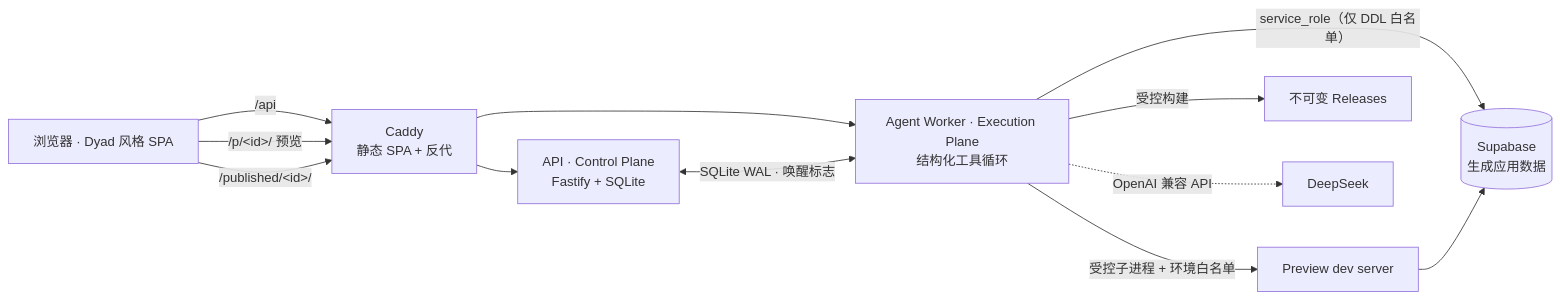
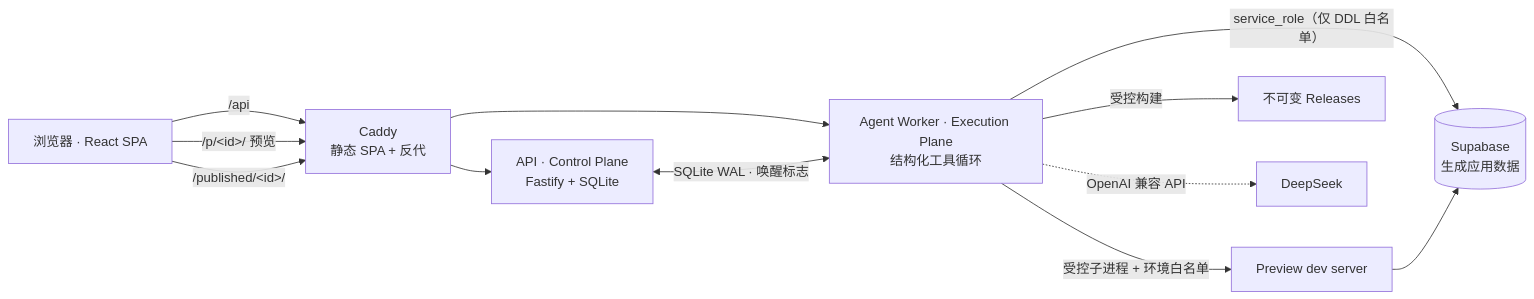
The diagram in README.md (idongdongh/Atoms), drawn with Mermaid before and after one commit. The commit also changed other lines of this file and 9 other files, not shown here.

````diff
--- a/README.md
+++ b/README.md
@@ -28,14 +28,14 @@
 ```mermaid
 flowchart LR
-    B["浏览器 · Dyad 风格 SPA"] -->|"/api"| CA["Caddy<br/>静态 SPA + 反代"]
+    B["浏览器 · React SPA"] -->|"/api"| CA["Caddy<br/>静态 SPA + 反代"]
     B -->|"/p/&lt;id&gt;/ 预览"| CA
     B -->|"/published/&lt;id&gt;/"| CA
     CA --> API["API · Control Plane<br/>Fastify + SQLite"]
     CA --> WK["Agent Worker · Execution Plane<br/>结构化工具循环"]
     API <-->|"SQLite WAL · 唤醒标志"| WK
     WK -->|"受控子进程 + 环境白名单"| PV["Preview dev server"]
     WK -->|"受控构建"| RL["不可变 Releases"]
     WK -->|"service_role（仅 DDL 白名单）"| SB[("Supabase<br/>生成应用数据")]
     WK -.->|"OpenAI 兼容 API"| LLM["DeepSeek"]
     PV --> SB
 ```
````
